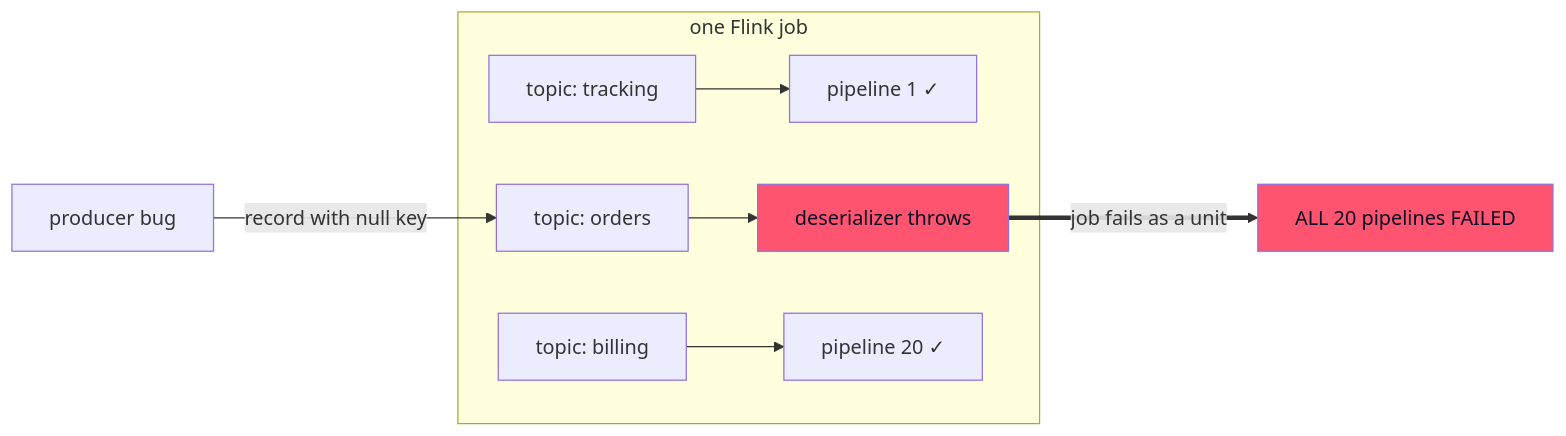
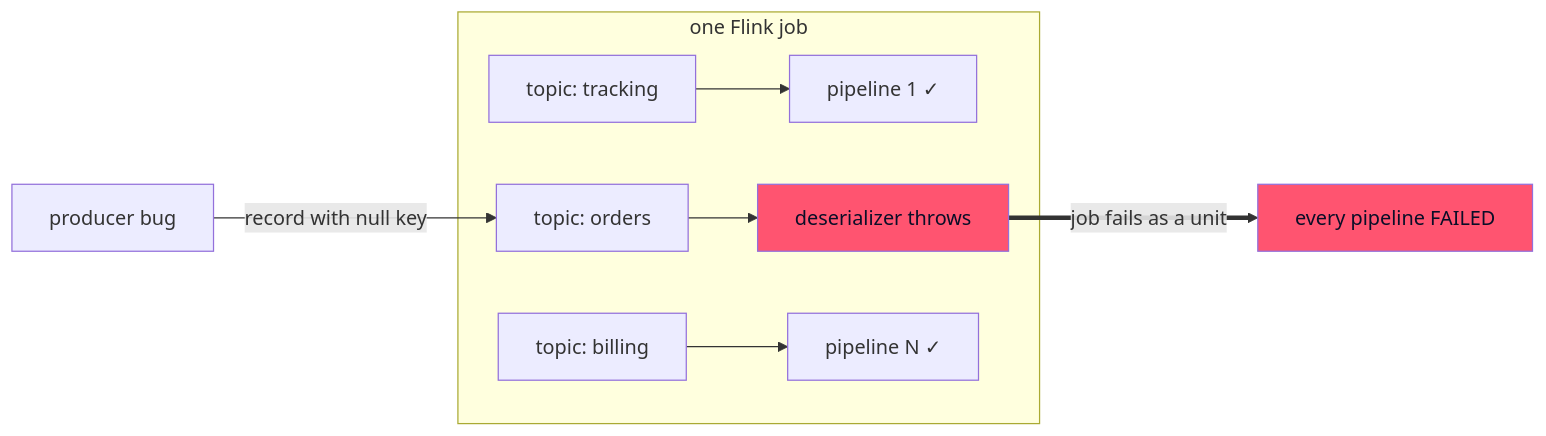
Before and after one commit to kzmlabs/flink-statefun: the diagram in docs/articles/invalid-record-handling.md, drawn with Mermaid. The commit also changed other lines of this file and 5 other files, not shown here.

````diff
--- a/docs/articles/invalid-record-handling.md
+++ b/docs/articles/invalid-record-handling.md
@@ -20,12 +20,12 @@
 ```mermaid
 flowchart LR
     P[producer bug] -- "record with null key" --> T3
     subgraph job ["one Flink job"]
         T1["topic: tracking"] --> F1["pipeline 1 ✓"]
         T3["topic: orders"] --> X["deserializer throws"]
-        T20["topic: billing"] --> F20["pipeline 20 ✓"]
+        TN["topic: billing"] --> FN["pipeline N ✓"]
     end
-    X == "job fails as a unit" ==> DOWN["ALL 20 pipelines FAILED"]
+    X == "job fails as a unit" ==> DOWN["every pipeline FAILED"]
     style X fill:#ff5470,color:#0a0e27
     style DOWN fill:#ff5470,color:#0a0e27
 ```
````
